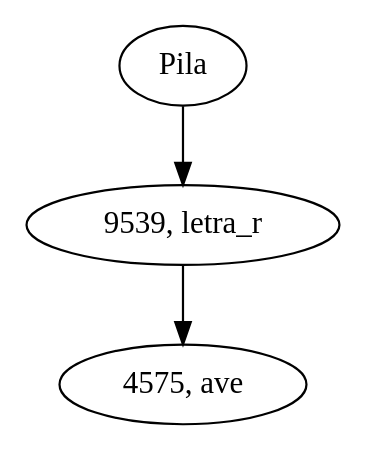
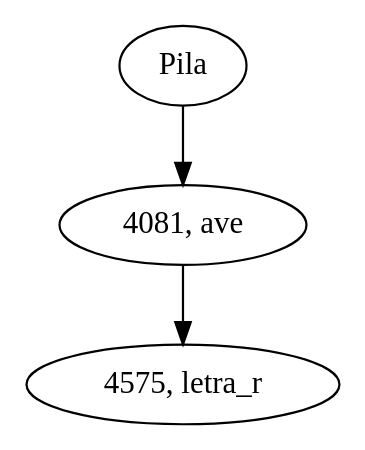
The diagram in Fase1/graficas/PilaVitacora.dot (jdfuentes12/EDD_VJ1S2023_PY_202001228), drawn with Graphviz before and after one commit. The commit also changed 6 other files, not shown here.

```diff
--- a/Fase1/graficas/PilaVitacora.dot
+++ b/Fase1/graficas/PilaVitacora.dot
@@ -1,7 +1,7 @@
 digraph PilaVitacora {
-nodo0[label = "9539, letra_r"];
-nodo1[label = "4575, ave"];
+nodo0[label = "4081, ave"];
+nodo1[label = "4575, letra_r"];
 empty[label = "Pila"];
 empty->nodo0;
 nodo0->nodo1;
 }
```
